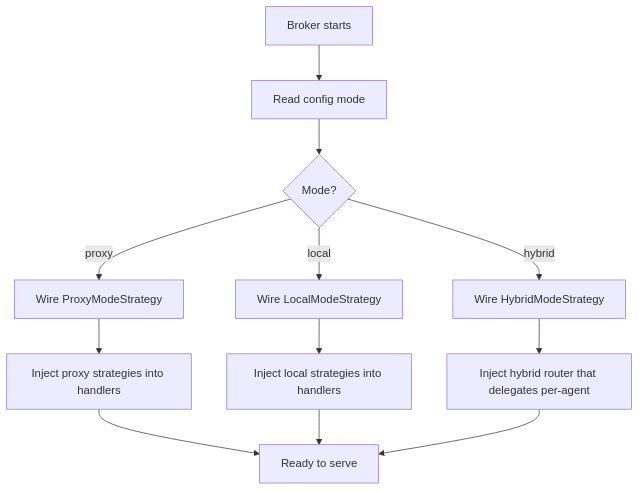
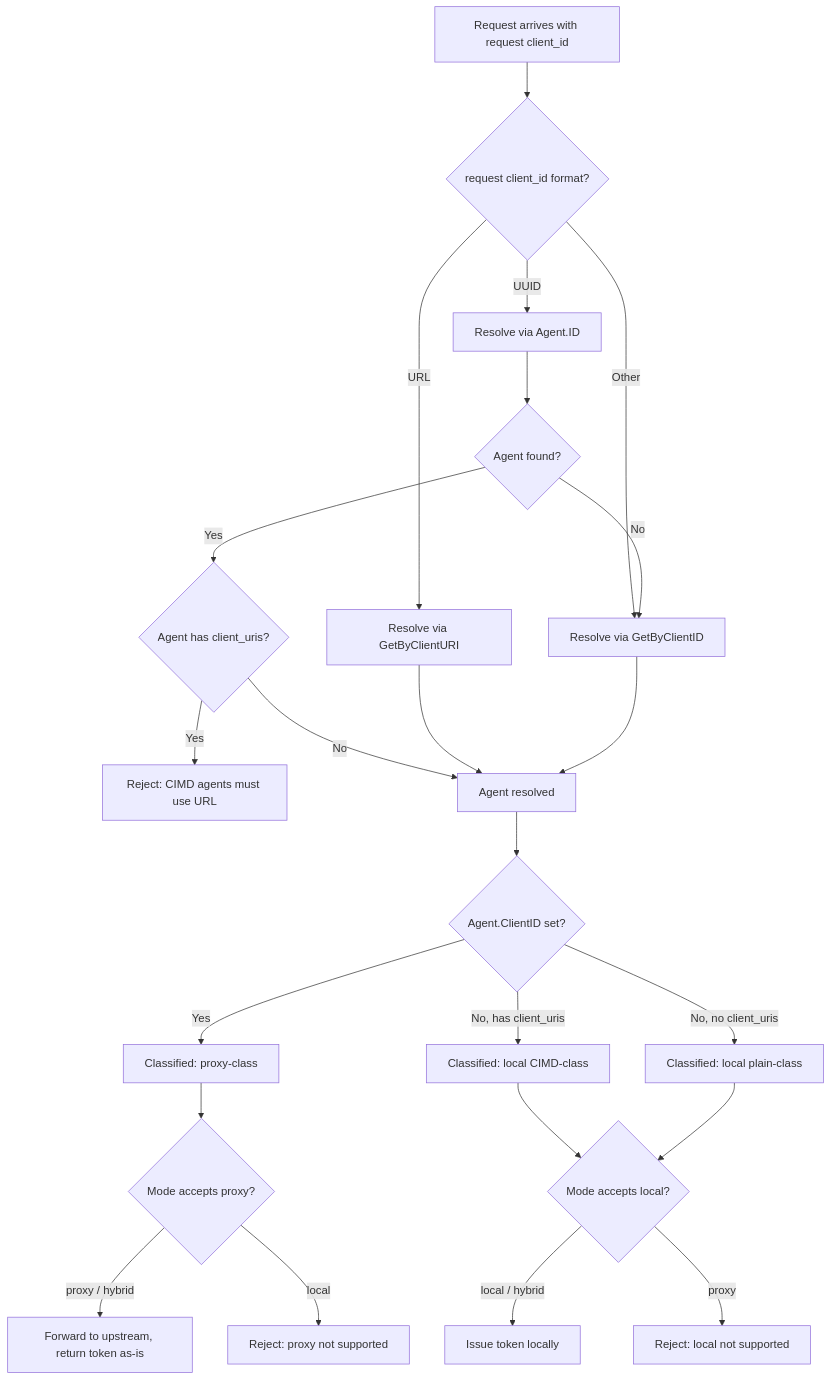
Before and after one commit to axsaucedo/agentic-identity-broker: the second of 2 diagrams in specs/030-hybrid-oauth-modes/spec.md, drawn with Mermaid. The commit also changed other lines of this file and 1 other file, not shown here.

Commit message:
feat(spec): enhance Hybrid OAuth mode specifications with universal agent resolution and classification

````diff
--- a/specs/030-hybrid-oauth-modes/spec.md
+++ b/specs/030-hybrid-oauth-modes/spec.md
@@ -128,14 +168,25 @@
 ```mermaid
 flowchart TD
-    A["Broker starts"] --> B["Read config mode"]
-    B --> C{"Mode?"}
-    C -->|proxy| D["Wire ProxyModeStrategy"]
-    C -->|local| E["Wire LocalModeStrategy"]
-    C -->|hybrid| F["Wire HybridModeStrategy"]
-    D --> G["Inject proxy strategies into handlers"]
-    E --> H["Inject local strategies into handlers"]
-    F --> I["Inject hybrid router that delegates per-agent"]
-    G --> J["Ready to serve"]
-    H --> J
-    I --> J
+    A["Request arrives with request client_id"] --> B{"request client_id format?"}
+    B -->|URL| C["Resolve via GetByClientURI"]
+    B -->|UUID| D["Resolve via Agent.ID"]
+    B -->|Other| E["Resolve via GetByClientID"]
+    D --> D1{"Agent found?"}
+    D1 -->|No| E
+    D1 -->|Yes| D2{"Agent has client_uris?"}
+    D2 -->|Yes| D3["Reject: CIMD agents must use URL"]
+    D2 -->|No| F["Agent resolved"]
+    C --> F
+    E --> F
+    F --> G{"Agent.ClientID set?"}
+    G -->|Yes| H["Classified: proxy-class"]
+    G -->|No, has client_uris| I["Classified: local CIMD-class"]
+    G -->|No, no client_uris| J["Classified: local plain-class"]
+    H --> K{"Mode accepts proxy?"}
+    I --> L{"Mode accepts local?"}
+    J --> L
+    K -->|"proxy / hybrid"| M["Forward to upstream, return token as-is"]
+    K -->|"local"| N["Reject: proxy not supported"]
+    L -->|"local / hybrid"| O["Issue token locally"]
+    L -->|"proxy"| P["Reject: local not supported"]
 ```
````
